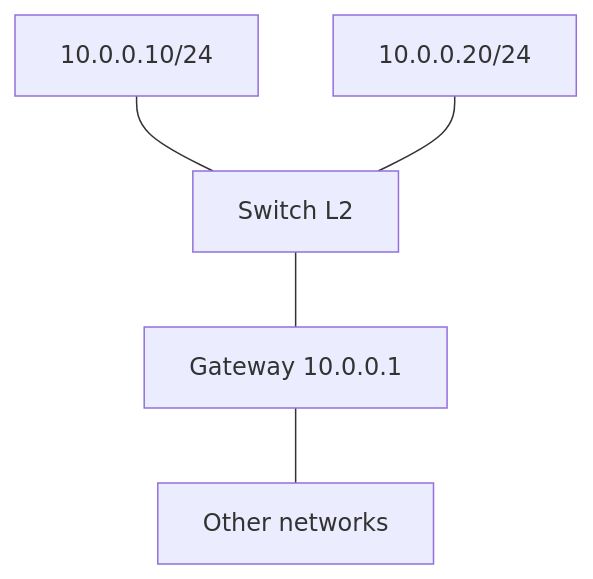
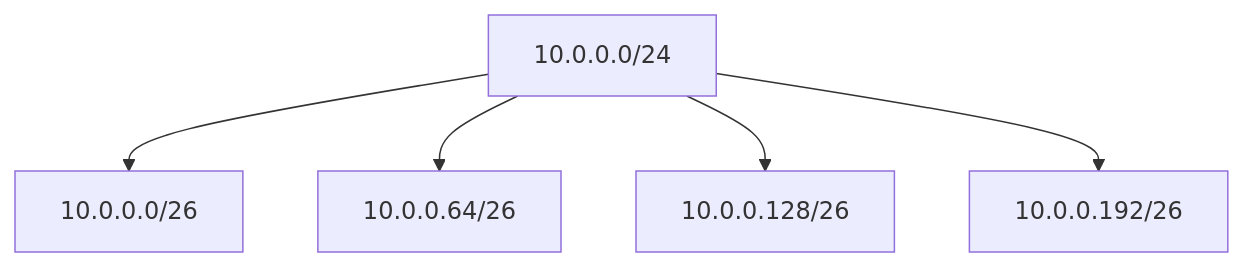
The second of 7 diagrams in learning/05-network-layer.md (omnayak27199/pktana), drawn with Mermaid before and after one commit. The commit also changed other lines of this file and 14 other files, not shown here.

````diff
--- a/learning/05-network-layer.md
+++ b/learning/05-network-layer.md
@@ -45,7 +116,7 @@
 ```mermaid
 flowchart TB
-  H1[10.0.0.10/24] --- SW[Switch L2]
-  H2[10.0.0.20/24] --- SW
-  SW --- GW[Gateway 10.0.0.1]
-  GW --- Inet[Other networks]
+  P["10.0.0.0/24"] --> A["10.0.0.0/26"]
+  P --> B["10.0.0.64/26"]
+  P --> C["10.0.0.128/26"]
+  P --> D["10.0.0.192/26"]
 ```
````
